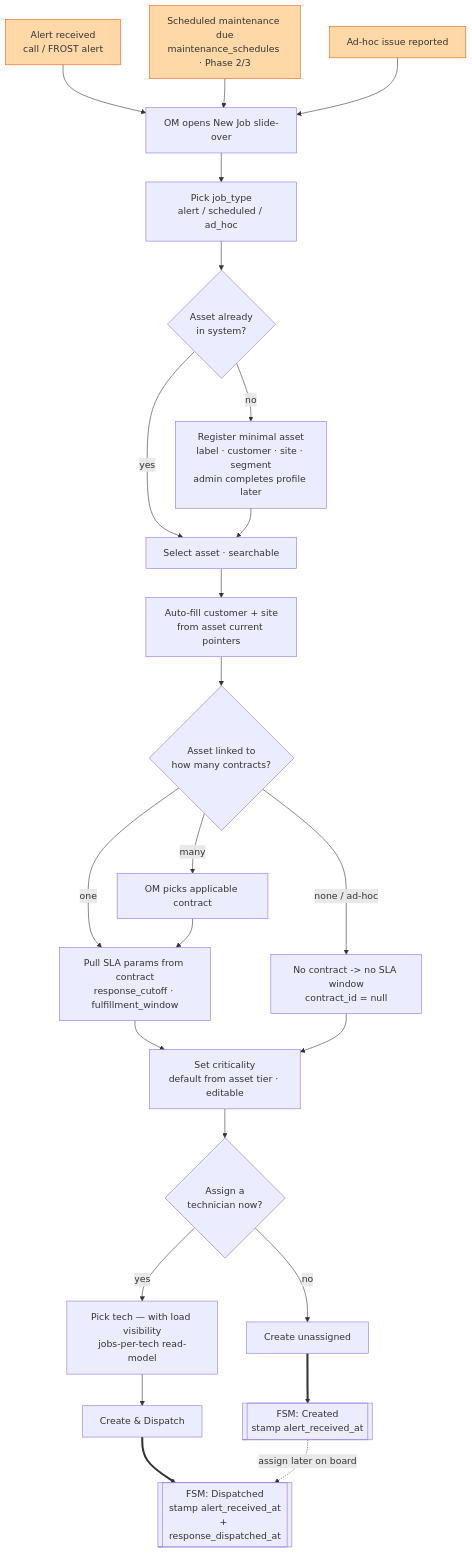
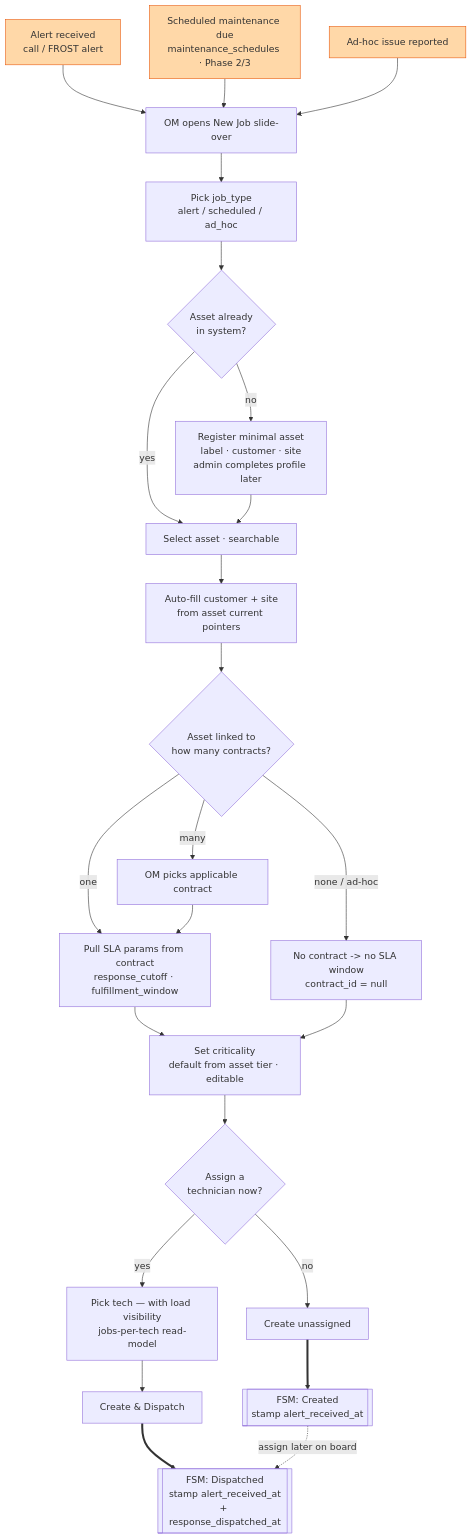
One commit to m33py/fsm changed the diagram in docs/diagrams/dispatch-create-job-flow.md. Above: the diagram before and after it, drawn with Mermaid. The commit also changed 3 other files, not shown here.

First line of the commit message:
docs(diagrams): align to concluded data model + add ER diagram

````diff
--- a/docs/diagrams/dispatch-create-job-flow.md
+++ b/docs/diagrams/dispatch-create-job-flow.md
@@ -10,35 +10,35 @@
 ```mermaid
 flowchart TD
     A1[Alert received<br/>call / FROST alert]:::trig --> N
     A2[Scheduled maintenance due<br/>maintenance_schedules · Phase 2/3]:::trig --> N
     A3[Ad-hoc issue reported]:::trig --> N
 
     N[OM opens New Job slide-over] --> JT[Pick job_type<br/>alert / scheduled / ad_hoc]
     JT --> AS{Asset already<br/>in system?}
 
-    AS -- no --> MIN[Register minimal asset<br/>label · customer · site · segment<br/>admin completes profile later]
+    AS -- no --> MIN[Register minimal asset<br/>label · customer · site<br/>admin completes profile later]
     AS -- yes --> SEL[Select asset · searchable]
     MIN --> SEL
 
     SEL --> AF[Auto-fill customer + site<br/>from asset current pointers]
     AF --> CT{Asset linked to<br/>how many contracts?}
 
     CT -- one --> SLA[Pull SLA params from contract<br/>response_cutoff · fulfillment_window]
     CT -- many --> PICK[OM picks applicable contract]
     CT -- none / ad-hoc --> NOSLA[No contract -> no SLA window<br/>contract_id = null]
     PICK --> SLA
 
     SLA --> CR
     NOSLA --> CR
     CR[Set criticality<br/>default from asset tier · editable] --> Q{Assign a<br/>technician now?}
 
     Q -- yes --> LOAD[Pick tech — with load visibility<br/>jobs-per-tech read-model]
     LOAD --> DISPATCH[Create &amp; Dispatch]
     Q -- no --> CREATE[Create unassigned]
 
     DISPATCH ==> FSMD[[FSM: Dispatched<br/>stamp alert_received_at<br/>+ response_dispatched_at]]
     CREATE ==> FSMC[[FSM: Created<br/>stamp alert_received_at]]
     FSMC -. assign later on board .-> FSMD
 
     classDef trig fill:#ffd8a8,stroke:#e8590c;
 ```
````
